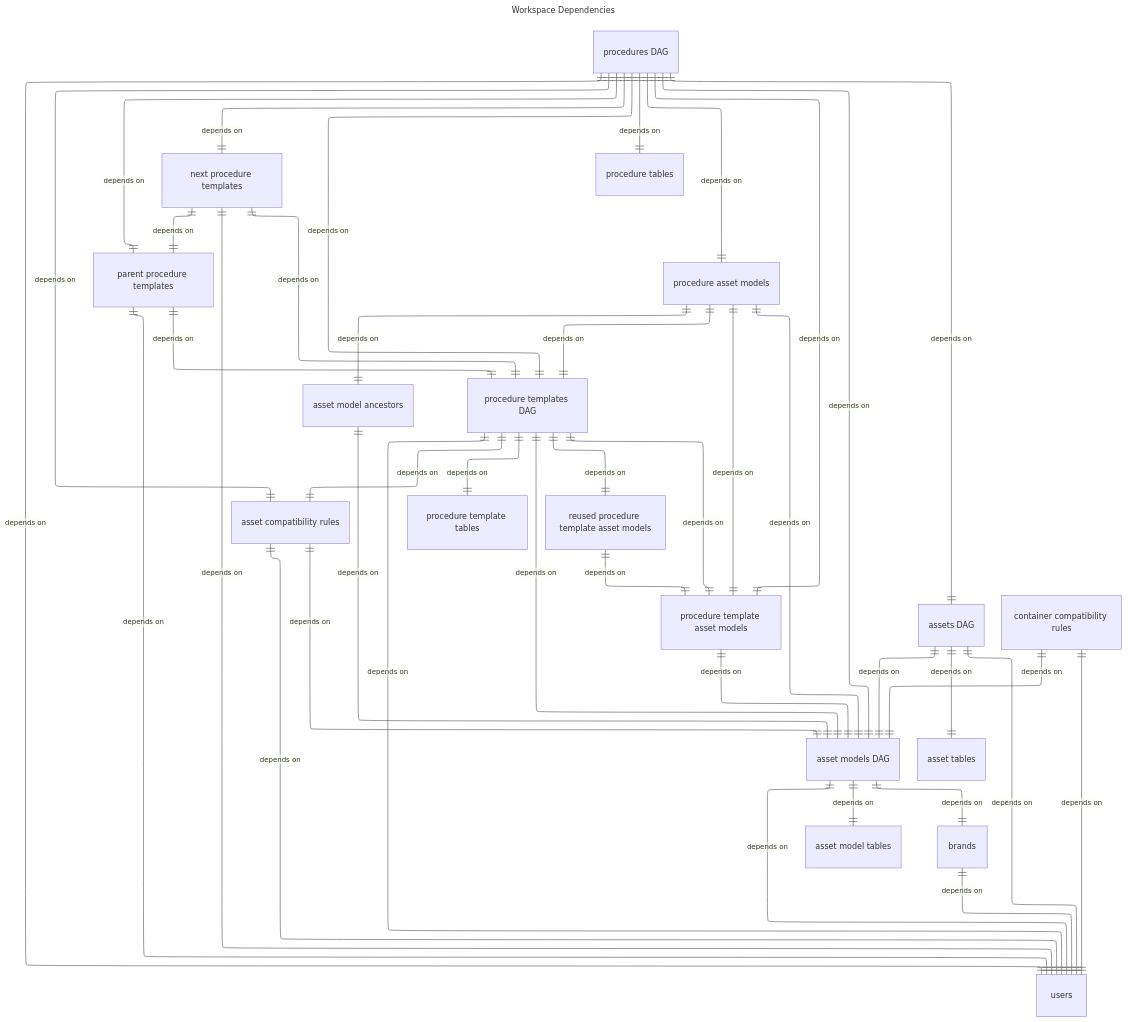
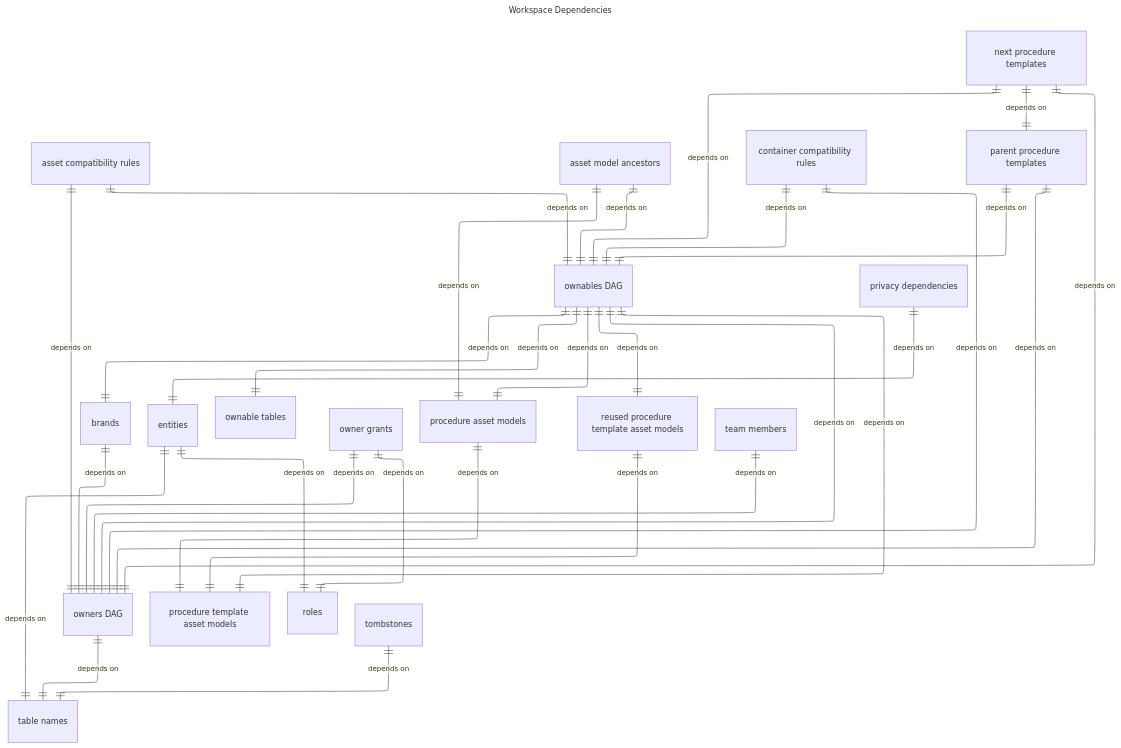
One commit to earth-metabolome-initiative/asset-procedure-schema changed the diagram in builder/workspace_dependencies.mmd. Above: the diagram before and after it, drawn with Mermaid. The commit also changed 227 other files, not shown here.

Commit message:
Resolved more issues in schema

```diff
--- a/builder/workspace_dependencies.mmd
+++ b/builder/workspace_dependencies.mmd
@@ -1,66 +1,56 @@
 ---
 config:
   layout: elk
   theme: default
   look: classic
 title: Workspace Dependencies
 ---
 erDiagram
   direction TB
   v2["asset compatibility rules"]
   v3["asset model ancestors"]
-  v4["asset model tables"]
-  v5["asset models DAG"]
-  v6["asset tables"]
-  v7["assets DAG"]
-  v13["brands"]
-  v34["container compatibility rules"]
+  v11["brands"]
+  v32["container compatibility rules"]
+  v42["entities"]
   v60["next procedure templates"]
-  v64["parent procedure templates"]
-  v72["procedure asset models"]
-  v73["procedure tables"]
-  v74["procedure template asset models"]
-  v75["procedure template tables"]
-  v76["procedure templates DAG"]
-  v77["procedures DAG"]
-  v78["reused procedure template asset models"]
-  v87["users"]
-  v76 ||--|| v74 : "depends on"
-  v76 ||--|| v78 : "depends on"
-  v76 ||--|| v5 : "depends on"
-  v77 ||--|| v76 : "depends on"
-  v77 ||--|| v72 : "depends on"
-  v77 ||--|| v74 : "depends on"
-  v77 ||--|| v5 : "depends on"
-  v77 ||--|| v7 : "depends on"
-  v2 ||--|| v5 : "depends on"
-  v2 ||--|| v87 : "depends on"
-  v3 ||--|| v5 : "depends on"
-  v5 ||--|| v4 : "depends on"
-  v5 ||--|| v87 : "depends on"
-  v7 ||--|| v5 : "depends on"
-  v7 ||--|| v6 : "depends on"
-  v7 ||--|| v87 : "depends on"
-  v76 ||--|| v2 : "depends on"
-  v77 ||--|| v2 : "depends on"
-  v13 ||--|| v87 : "depends on"
-  v5 ||--|| v13 : "depends on"
-  v34 ||--|| v5 : "depends on"
-  v34 ||--|| v87 : "depends on"
+  v61["ownable tables"]
+  v62["ownables DAG"]
+  v63["owner grants"]
+  v64["owners DAG"]
+  v68["parent procedure templates"]
+  v76["privacy dependencies"]
+  v77["procedure asset models"]
+  v78["procedure template asset models"]
+  v81["reused procedure template asset models"]
+  v82["roles"]
+  v91["table names"]
+  v92["team members"]
+  v94["tombstones"]
+  v62 ||--|| v78 : "depends on"
+  v62 ||--|| v81 : "depends on"
+  v62 ||--|| v77 : "depends on"
+  v2 ||--|| v62 : "depends on"
+  v2 ||--|| v64 : "depends on"
+  v3 ||--|| v62 : "depends on"
+  v11 ||--|| v64 : "depends on"
+  v62 ||--|| v11 : "depends on"
+  v32 ||--|| v62 : "depends on"
+  v32 ||--|| v64 : "depends on"
+  v42 ||--|| v82 : "depends on"
+  v42 ||--|| v91 : "depends on"
+  v60 ||--|| v68 : "depends on"
+  v60 ||--|| v62 : "depends on"
   v60 ||--|| v64 : "depends on"
-  v60 ||--|| v76 : "depends on"
-  v60 ||--|| v87 : "depends on"
-  v64 ||--|| v76 : "depends on"
-  v64 ||--|| v87 : "depends on"
-  v72 ||--|| v3 : "depends on"
-  v72 ||--|| v5 : "depends on"
-  v72 ||--|| v74 : "depends on"
-  v72 ||--|| v76 : "depends on"
-  v74 ||--|| v5 : "depends on"
-  v76 ||--|| v75 : "depends on"
-  v76 ||--|| v87 : "depends on"
-  v77 ||--|| v60 : "depends on"
-  v77 ||--|| v64 : "depends on"
-  v77 ||--|| v73 : "depends on"
-  v77 ||--|| v87 : "depends on"
-  v78 ||--|| v74 : "depends on"
+  v62 ||--|| v61 : "depends on"
+  v62 ||--|| v64 : "depends on"
+  v63 ||--|| v64 : "depends on"
+  v63 ||--|| v82 : "depends on"
+  v64 ||--|| v91 : "depends on"
+  v68 ||--|| v62 : "depends on"
+  v68 ||--|| v64 : "depends on"
+  v76 ||--|| v42 : "depends on"
+  v77 ||--|| v3 : "depends on"
+  v77 ||--|| v78 : "depends on"
+  v81 ||--|| v78 : "depends on"
+  v92 ||--|| v64 : "depends on"
+  v94 ||--|| v91 : "depends on"
```
